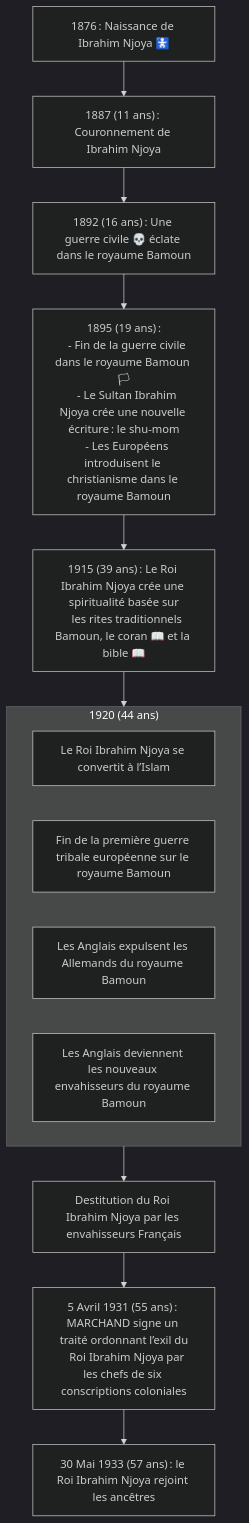
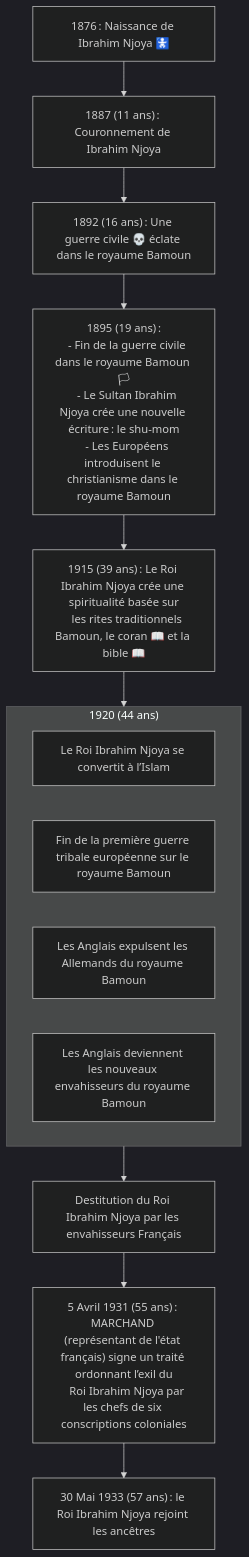
One commit to ba-moun/Ba-Moun-Save changed the diagram in en-cours/personnalite/homme/noble/souverain/roi/afrique/centre/bamoun/ibrahim-njoya.md. Above: the diagram before and after it, drawn with Mermaid (dark theme). The commit also changed other lines of this file, not shown here.

````diff
--- a/en-cours/personnalite/homme/noble/souverain/roi/afrique/centre/bamoun/ibrahim-njoya.md
+++ b/en-cours/personnalite/homme/noble/souverain/roi/afrique/centre/bamoun/ibrahim-njoya.md
@@ -27,36 +27,36 @@
 ```mermaid
 flowchart TB
 
    birth["1876 : Naissance de Ibrahim Njoya 🚼"]
    
    coronation["1887 (11 ans) : Couronnement de Ibrahim Njoya"]
 
    civilWarBegining["1892 (16 ans) : Une guerre civile 💀 éclate dans le royaume Bamoun"]
 
    civilWarShuMomChristianity["1895 (19 ans) :
    - Fin de la guerre civile dans le royaume Bamoun 🏳
    - Le Sultan Ibrahim Njoya crée une nouvelle écriture : le shu-mom
    - Les Européens introduisent le christianisme dans le royaume Bamoun"]
 
    spirituality["1915 (39 ans) : Le Roi Ibrahim Njoya crée une spiritualité basée sur
    les rites traditionnels Bamoun, le coran 📖 et la bible 📖"]
 
    subgraph misc["1920 (44 ans)"]
 
      conversion["Le Roi Ibrahim Njoya se convertit à l’Islam"]
      firstEuTribalWarEnd["Fin de la première guerre tribale européenne sur le royaume Bamoun"]
      dutchEviction["Les Anglais expulsent les Allemands du royaume Bamoun"]
      englishInvasion["Les Anglais deviennent les nouveaux envahisseurs du royaume Bamoun"]
 
         end
         
    careOrder["Destitution du Roi Ibrahim Njoya par les envahisseurs Français"]
         
-   treaty["5 Avril 1931 (55 ans) : MARCHAND signe un traité ordonnant l’exil du
+   treaty["5 Avril 1931 (55 ans) : MARCHAND (représentant de l'état français) signe un traité ordonnant l’exil du
    Roi Ibrahim Njoya par les chefs de six conscriptions coloniales"]
    
    death["30 Mai 1933 (57 ans) : le Roi Ibrahim Njoya rejoint les ancêtres"]
    
    birth --> coronation --> civilWarBegining --> civilWarShuMomChristianity --> spirituality --> misc --> careOrder --> treaty --> death
    
 ```
````
